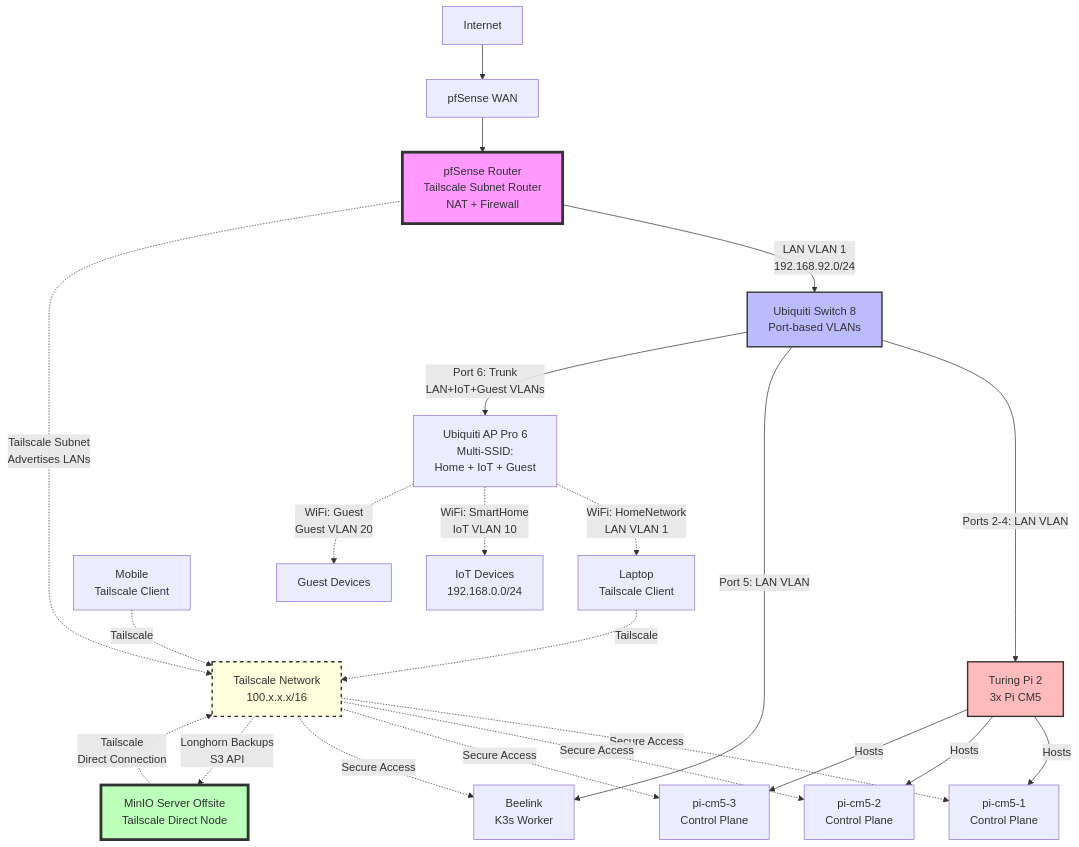
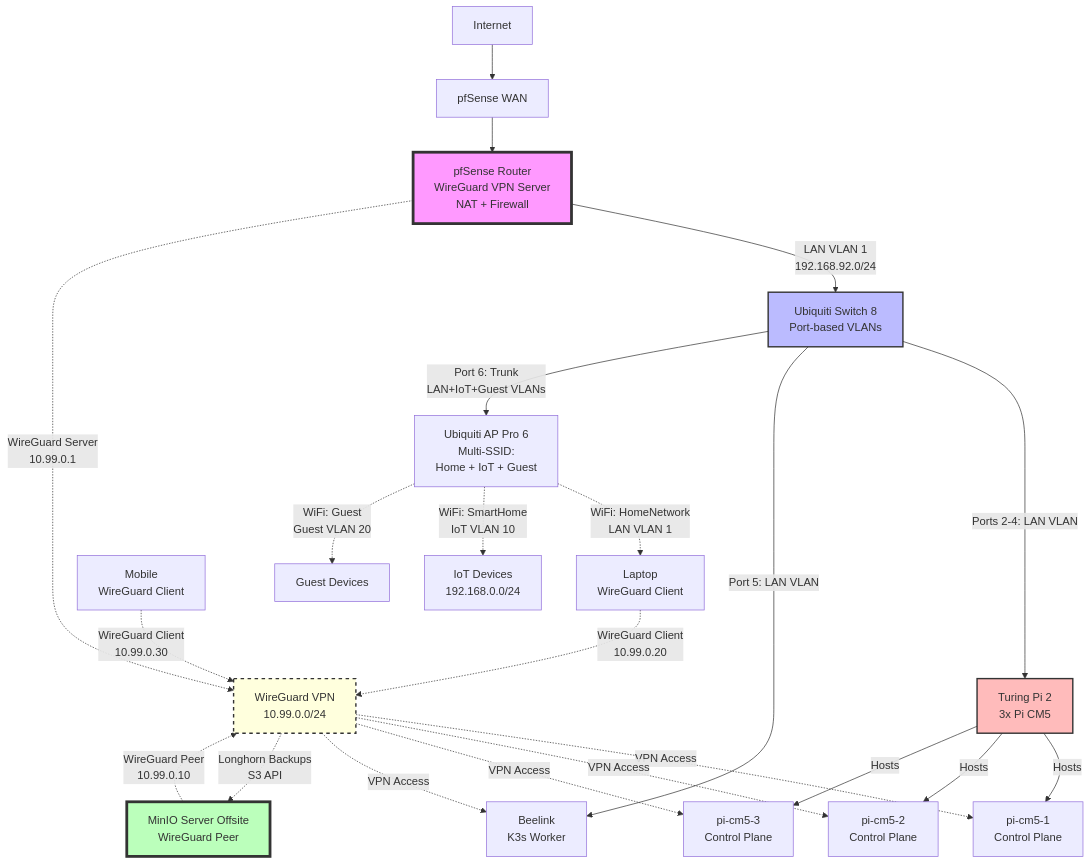
The second of 2 diagrams in docs/network-topology.md (owodunni/home-lab), drawn with Mermaid before and after one commit. The commit also changed other lines of this file and 4 other files, not shown here.

First line of the commit message:
docs: Migrate network architecture from Tailscale to WireGuard

````diff
--- a/docs/network-topology.md
+++ b/docs/network-topology.md
@@ -89,49 +89,49 @@
 ```mermaid
 graph TB
     Internet[Internet]
     WAN[pfSense WAN]
-    PF[pfSense Router<br/>Tailscale Subnet Router<br/>NAT + Firewall]
+    PF[pfSense Router<br/>WireGuard VPN Server<br/>NAT + Firewall]
     Switch[Ubiquiti Switch 8<br/>Port-based VLANs]
     AP[Ubiquiti AP Pro 6<br/>Multi-SSID:<br/>Home + IoT + Guest]
     TuringPi[Turing Pi 2<br/>3x Pi CM5]
     Beelink[Beelink<br/>K3s Worker]
-    MinIO[MinIO Server Offsite<br/>Tailscale Direct Node]
+    MinIO[MinIO Server Offsite<br/>WireGuard Peer]
 
-    Tailnet[Tailscale Network<br/>100.x.x.x/16]
-    Laptop[Laptop<br/>Tailscale Client]
-    Mobile[Mobile<br/>Tailscale Client]
+    WG[WireGuard VPN<br/>10.99.0.0/24]
+    Laptop[Laptop<br/>WireGuard Client]
+    Mobile[Mobile<br/>WireGuard Client]
     Guest[Guest Devices]
 
     Internet --> WAN
     WAN --> PF
     PF -->|"LAN VLAN 1<br/>192.168.92.0/24"| Switch
 
     Switch -->|Ports 2-4: LAN VLAN| TuringPi
     Switch -->|Port 5: LAN VLAN| Beelink
     Switch -->|Port 6: Trunk<br/>LAN+IoT+Guest VLANs| AP
 
     AP -.->|"WiFi: HomeNetwork<br/>LAN VLAN 1"| Laptop
     AP -.->|"WiFi: SmartHome<br/>IoT VLAN 10"| IoT[IoT Devices<br/>192.168.0.0/24]
     AP -.->|"WiFi: Guest<br/>Guest VLAN 20"| Guest
 
     TuringPi -->|Hosts| CM5-1[pi-cm5-1<br/>Control Plane]
     TuringPi -->|Hosts| CM5-2[pi-cm5-2<br/>Control Plane]
     TuringPi -->|Hosts| CM5-3[pi-cm5-3<br/>Control Plane]
 
-    PF -.->|Tailscale Subnet<br/>Advertises LANs| Tailnet
-    MinIO -.->|Tailscale<br/>Direct Connection| Tailnet
-    Laptop -.->|Tailscale| Tailnet
-    Mobile -.->|Tailscale| Tailnet
+    PF -.->|WireGuard Server<br/>10.99.0.1| WG
+    MinIO -.->|WireGuard Peer<br/>10.99.0.10| WG
+    Laptop -.->|WireGuard Client<br/>10.99.0.20| WG
+    Mobile -.->|WireGuard Client<br/>10.99.0.30| WG
 
-    Tailnet -.->|Secure Access| CM5-1
-    Tailnet -.->|Secure Access| CM5-2
-    Tailnet -.->|Secure Access| CM5-3
-    Tailnet -.->|Secure Access| Beelink
-    Tailnet -.->|Longhorn Backups<br/>S3 API| MinIO
+    WG -.->|VPN Access| CM5-1
+    WG -.->|VPN Access| CM5-2
+    WG -.->|VPN Access| CM5-3
+    WG -.->|VPN Access| Beelink
+    WG -.->|Longhorn Backups<br/>S3 API| MinIO
 
     style PF fill:#f9f,stroke:#333,stroke-width:4px
     style Switch fill:#bbf,stroke:#333,stroke-width:2px
     style MinIO fill:#bfb,stroke:#333,stroke-width:4px
-    style Tailnet fill:#ffd,stroke:#333,stroke-width:2px,stroke-dasharray: 5 5
+    style WG fill:#ffd,stroke:#333,stroke-width:2px,stroke-dasharray: 5 5
     style TuringPi fill:#fbb,stroke:#333,stroke-width:2px
 ```
````
